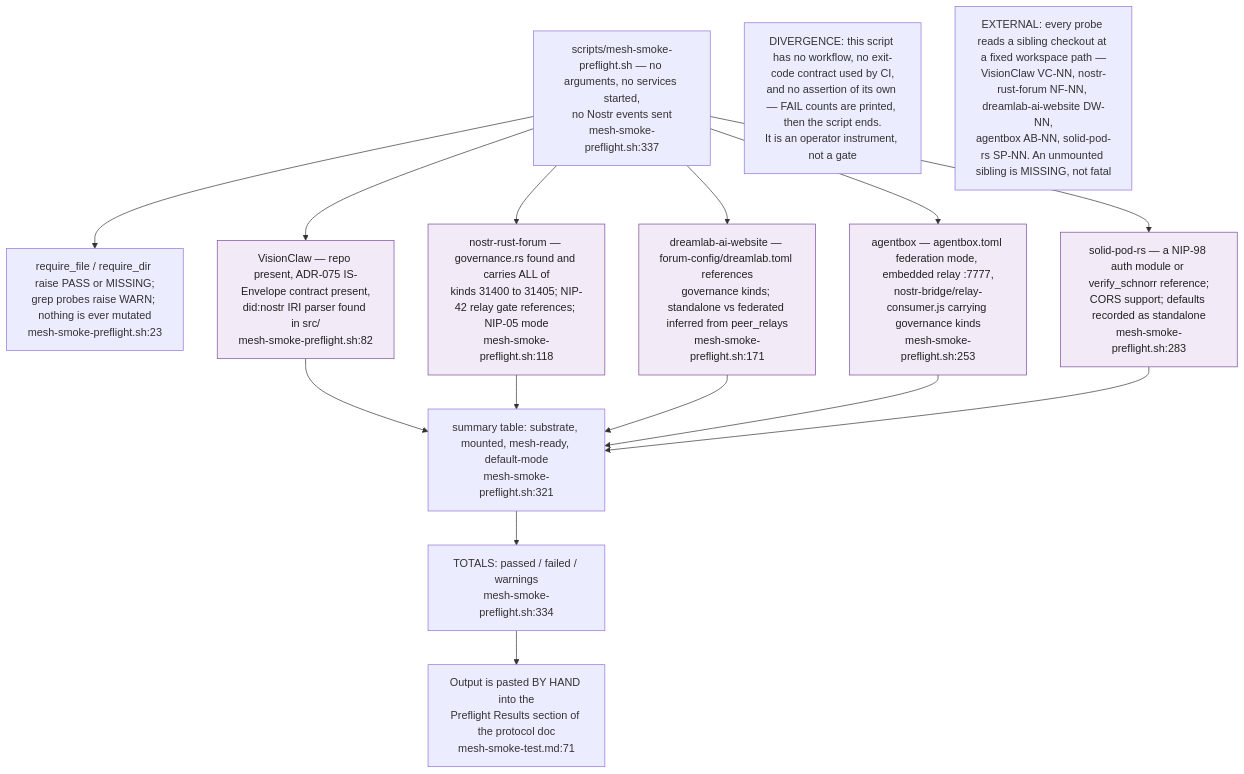
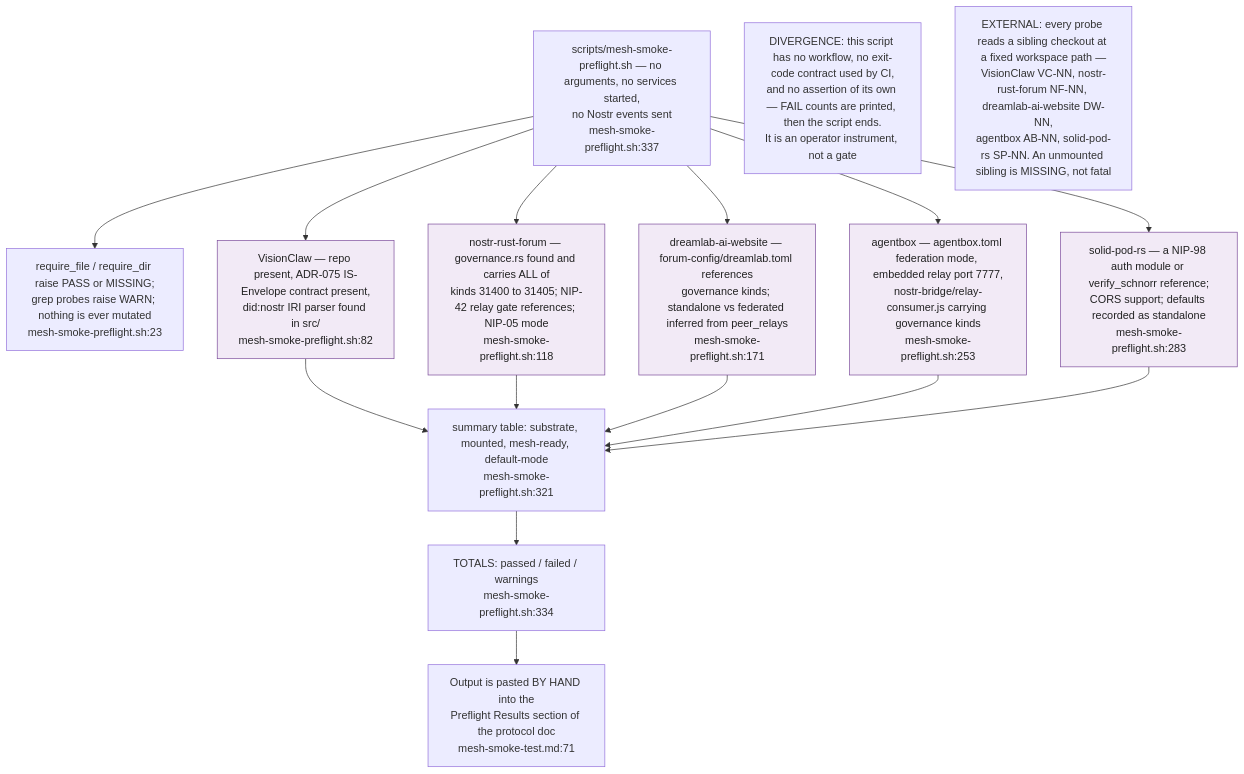
Diagram 12 of 12 in docs/diagrams/visionflow/05-governance-gates.md (DreamLab-AI/VisionFlow), drawn with Mermaid before and after one commit. The commit also changed 51 other files, not shown here.

First line of the commit message:
docs(diagrams): agentbox AB-01..13 re-attested anchor by anchor (980 anchors, 22 defects); checkpoint against an out-of-mesh writer

````diff
--- a/docs/diagrams/visionflow/05-governance-gates.md
+++ b/docs/diagrams/visionflow/05-governance-gates.md
@@ -470,26 +470,26 @@
 ```mermaid
 flowchart TB
     classDef ext fill:#f2eaf6,stroke:#7a4a9a,color:#222
 
     RUN["scripts/mesh-smoke-preflight.sh — no arguments, no services started,<br/>no Nostr events sent<br/>mesh-smoke-preflight.sh:337"]
 
     RUN --> H["require_file / require_dir raise PASS or MISSING;<br/>grep probes raise WARN; nothing is ever mutated<br/>mesh-smoke-preflight.sh:23"]
 
     RUN --> P1["VisionClaw — repo present, ADR-075 IS-Envelope contract present,<br/>did:nostr IRI parser found in src/<br/>mesh-smoke-preflight.sh:82"]:::ext
     RUN --> P2["nostr-rust-forum — governance.rs found and carries ALL of<br/>kinds 31400 to 31405; NIP-42 relay gate references; NIP-05 mode<br/>mesh-smoke-preflight.sh:118"]:::ext
     RUN --> P3["dreamlab-ai-website — forum-config/dreamlab.toml references<br/>governance kinds; standalone vs federated inferred from peer_relays<br/>mesh-smoke-preflight.sh:171"]:::ext
-    RUN --> P4["agentbox — agentbox.toml federation mode, embedded relay :7777,<br/>nostr-bridge/relay-consumer.js carrying governance kinds<br/>mesh-smoke-preflight.sh:253"]:::ext
+    RUN --> P4["agentbox — agentbox.toml federation mode, embedded relay port 7777,<br/>nostr-bridge/relay-consumer.js carrying governance kinds<br/>mesh-smoke-preflight.sh:253"]:::ext
     RUN --> P5["solid-pod-rs — a NIP-98 auth module or verify_schnorr reference;<br/>CORS support; defaults recorded as standalone<br/>mesh-smoke-preflight.sh:283"]:::ext
 
     P1 --> TAB["summary table: substrate, mounted, mesh-ready, default-mode<br/>mesh-smoke-preflight.sh:321"]
     P2 --> TAB
     P3 --> TAB
     P4 --> TAB
     P5 --> TAB
     TAB --> TOT["TOTALS: passed / failed / warnings<br/>mesh-smoke-preflight.sh:334"]
 
     TOT --> HAND["Output is pasted BY HAND into the<br/>Preflight Results section of the protocol doc<br/>mesh-smoke-test.md:71"]
 
     N1["DIVERGENCE: this script has no workflow, no exit-code contract used by CI,<br/>and no assertion of its own — FAIL counts are printed, then the script ends.<br/>It is an operator instrument, not a gate"]
     N2["EXTERNAL: every probe reads a sibling checkout at a fixed workspace path —<br/>VisionClaw VC-NN, nostr-rust-forum NF-NN, dreamlab-ai-website DW-NN,<br/>agentbox AB-NN, solid-pod-rs SP-NN. An unmounted sibling is MISSING, not fatal"]
 ```
````
